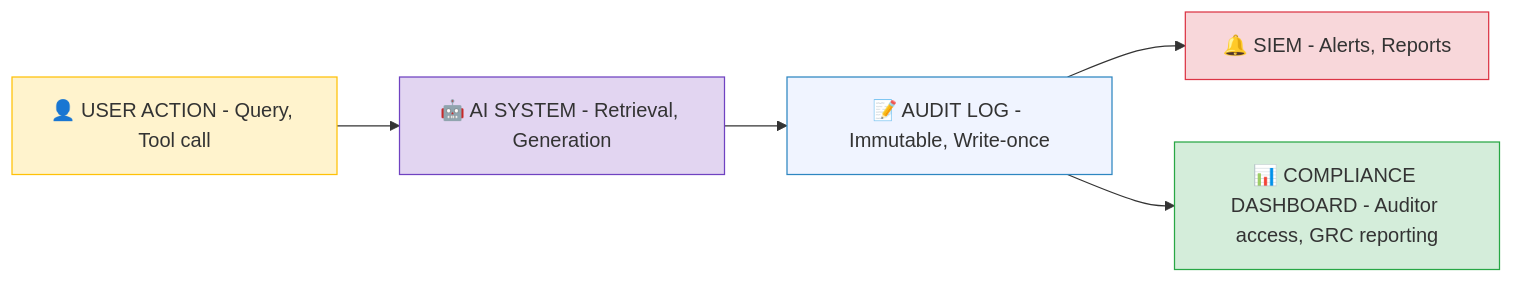
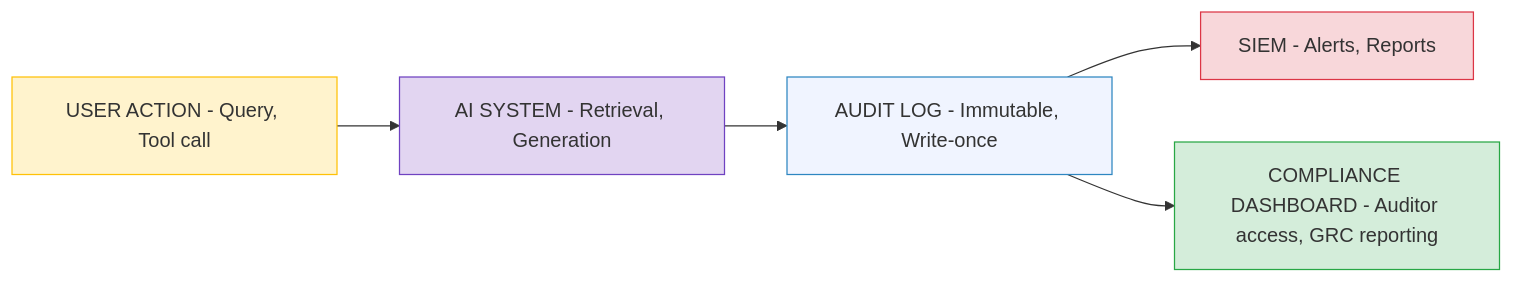
One commit to ithinktavo/GenAI-Engineering-Handbook changed the third of 3 diagrams in docs/10-governance.md. Above: the diagram before and after it, drawn with Mermaid. The commit also changed other lines of this file and 10 other files, not shown here.

Commit message:
Diagram updates

````diff
--- a/docs/10-governance.md
+++ b/docs/10-governance.md
@@ -159,13 +159,13 @@
 ```mermaid
 graph LR
-    U["👤 USER ACTION - Query, Tool call"] --> AI["🤖 AI SYSTEM - Retrieval, Generation"]
-    AI --> LOG["📝 AUDIT LOG - Immutable, Write-once"]
-    LOG --> SIEM["🔔 SIEM - Alerts, Reports"]
-    LOG --> DASH["📊 COMPLIANCE DASHBOARD - Auditor access, GRC reporting"]
+    U["USER ACTION - Query, Tool call"] --> AI["AI SYSTEM - Retrieval, Generation"]
+    AI --> LOG["AUDIT LOG - Immutable, Write-once"]
+    LOG --> SIEM["SIEM - Alerts, Reports"]
+    LOG --> DASH["COMPLIANCE DASHBOARD - Auditor access, GRC reporting"]
 
     style U fill:#fff3cd,stroke:#ffc107
     style AI fill:#e2d5f1,stroke:#6f42c1
     style LOG fill:#f0f4ff,stroke:#2E86C1
     style SIEM fill:#f8d7da,stroke:#dc3545
     style DASH fill:#d4edda,stroke:#28a745
 ```
````
